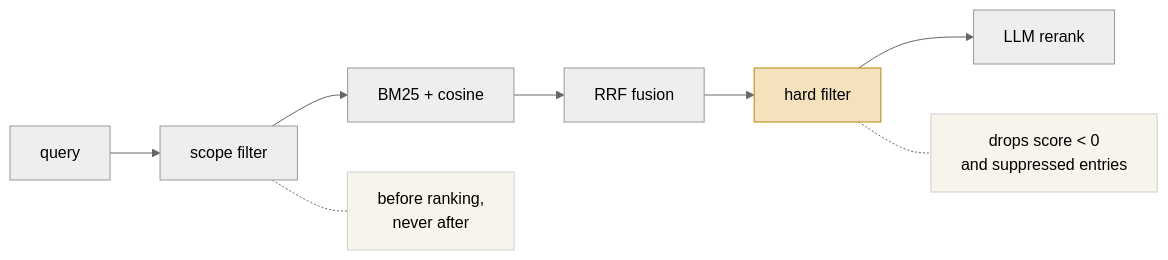
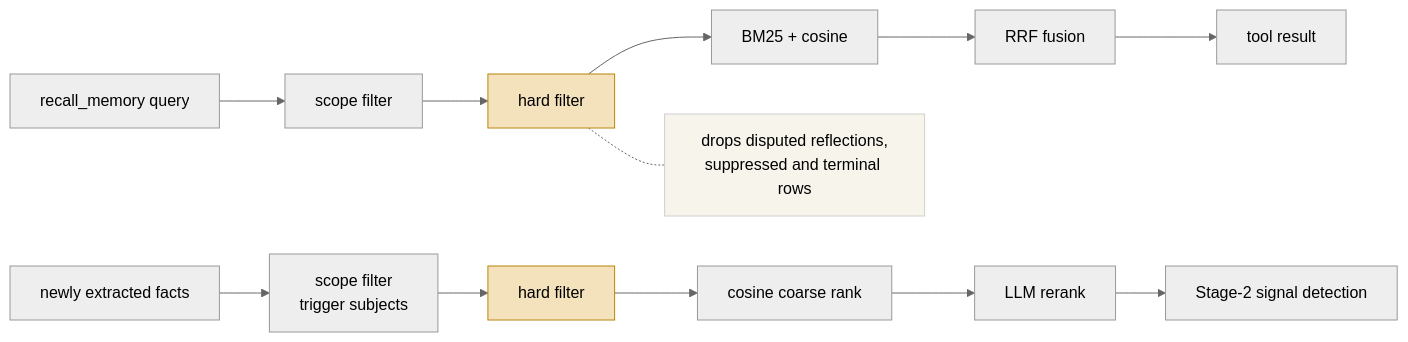
The second of 3 diagrams in content/systems/neko.md (neoneye/agent-memory-atlas), drawn with Mermaid (neutral theme) before and after one commit. The commit also changed other lines of this file and 12 other files, not shown here.

First line of the commit message:
Re-read N.E.K.O at bcdd5c2: the ban list filters drafts, not recall; marks hold

````diff
--- a/content/systems/neko.md
+++ b/content/systems/neko.md
@@ -136,12 +158,11 @@
 ```mermaid
-%% caption: the scope filter runs before ranking and a hard filter drops suppressed entries before the LLM reranker ever sees them
+%% caption: the recall tool filters scope and disputed reflections before any ranking and has no model stage, while the Stage-2 pool drops the same rows before an LLM rerank picks what signal detection sees
 flowchart LR
-    Q["query"] --> SF["scope filter"]
-    SF --> BM["BM25 + cosine"] --> RRF["RRF fusion"] --> HF["hard filter"] --> RR["LLM rerank"]
-    SF -.- N1["before ranking,<br/>never after"]
-    HF -.- N2["drops score < 0<br/>and suppressed entries"]
+    Q["recall_memory query"] --> SF["scope filter"] --> HF["hard filter"] --> BM["BM25 + cosine"] --> RRF["RRF fusion"] --> OUT["tool result"]
+    NF["newly extracted facts"] --> SF2["scope filter<br/>trigger subjects"] --> HF2["hard filter"] --> CR["cosine coarse rank"] --> LR["LLM rerank"] --> SIG["Stage-2 signal detection"]
+    HF -.- N2["drops disputed reflections,<br/>suppressed and terminal rows"]
 
     style HF fill:#f4e2bd,stroke:#b8860b
-    style N1 fill:#f7f4ec,stroke:#cfcfcf
+    style HF2 fill:#f4e2bd,stroke:#b8860b
     style N2 fill:#f7f4ec,stroke:#cfcfcf
 ```
````
